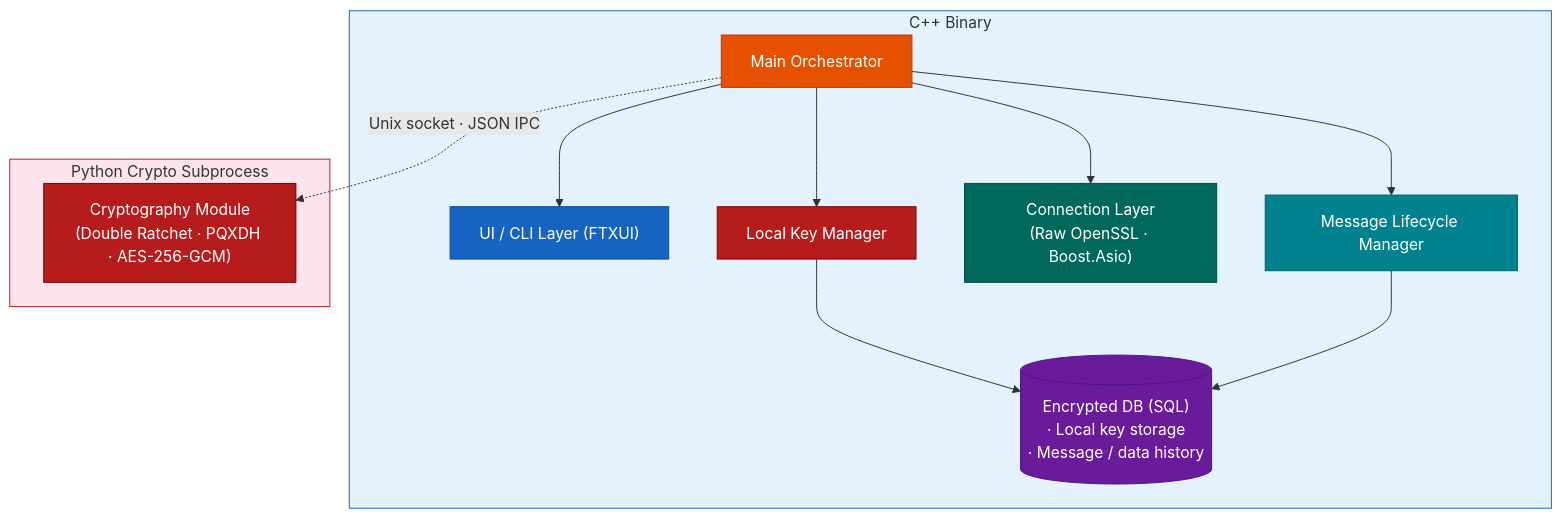
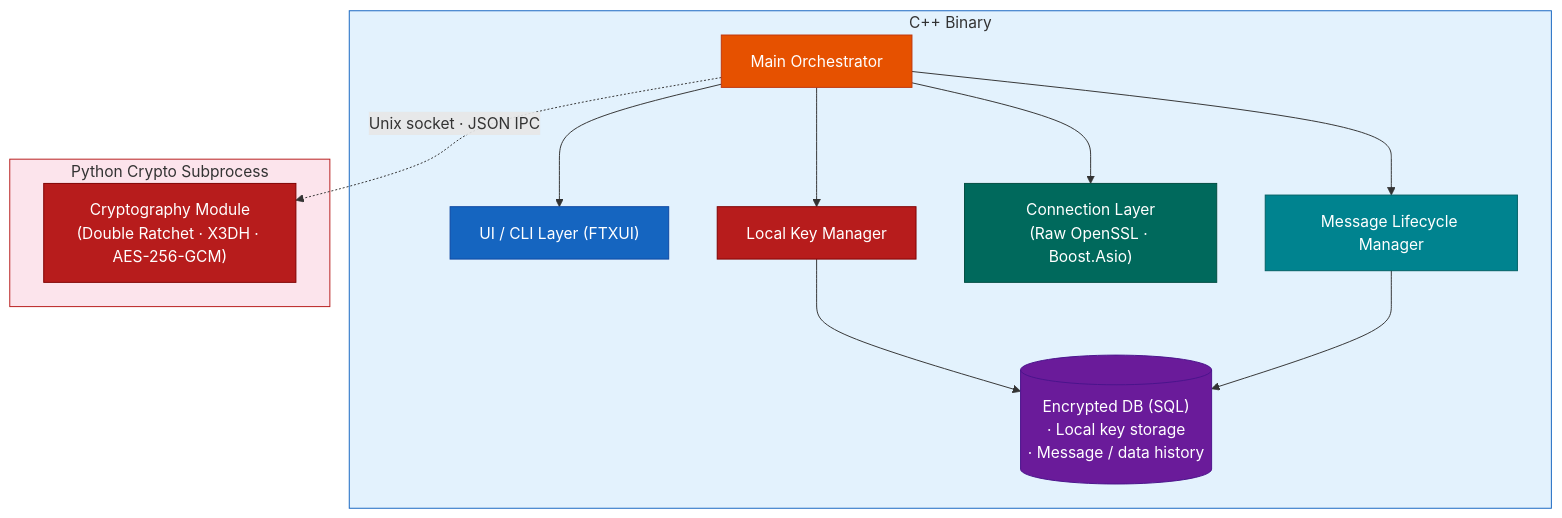
One commit to meltedelement/EPIC-1bit2qbit changed the second of 3 diagrams in docs/architecture.md. Above: the diagram before and after it, drawn with Mermaid. The commit also changed 2 other files, not shown here.

Commit message:
Docs: Update docs to match use of x3dh instead of pqxdh

````diff
--- a/docs/architecture.md
+++ b/docs/architecture.md
@@ -50,33 +50,33 @@
 ```mermaid
 flowchart TB
     classDef entry      fill:#1565C0,stroke:#0D47A1,color:#fff
     classDef orch       fill:#E65100,stroke:#BF360C,color:#fff
     classDef transport  fill:#00695C,stroke:#004D40,color:#fff
     classDef messaging  fill:#00838F,stroke:#006064,color:#fff
     classDef security   fill:#B71C1C,stroke:#7F0000,color:#fff
     classDef storage    fill:#6A1B9A,stroke:#4A148C,color:#fff
 
     subgraph CPP["C++ Binary"]
         UI["UI / CLI Layer (FTXUI)"]:::entry
         MLM["Message Lifecycle Manager"]:::messaging
         CONN["Connection Layer\n(Raw OpenSSL · Boost.Asio)"]:::transport
         ORCH["Main Orchestrator"]:::orch
         KEYS["Local Key Manager"]:::security
         DBC[("Encrypted DB (SQL)\n· Local key storage\n· Message / data history")]:::storage
     end
 
     subgraph PY["Python Crypto Subprocess"]
-        CRYPTO["Cryptography Module\n(Double Ratchet · PQXDH · AES-256-GCM)"]:::security
+        CRYPTO["Cryptography Module\n(Double Ratchet · X3DH · AES-256-GCM)"]:::security
     end
 
     ORCH --> UI
     ORCH --> MLM
     ORCH --> CONN
     ORCH -.->|"Unix socket · JSON IPC"| CRYPTO
     ORCH --> KEYS
     KEYS --> DBC
     MLM --> DBC
 
     style CPP fill:#E3F2FD,stroke:#1565C0
     style PY  fill:#FCE4EC,stroke:#B71C1C
 ```
````
